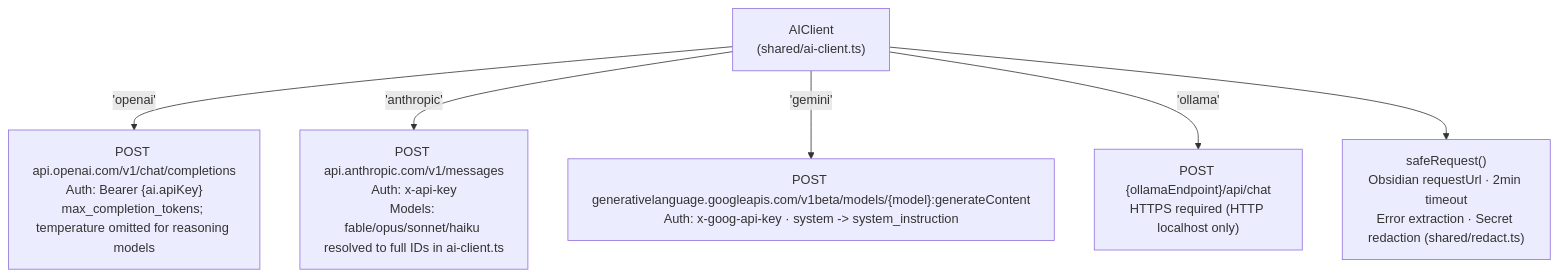
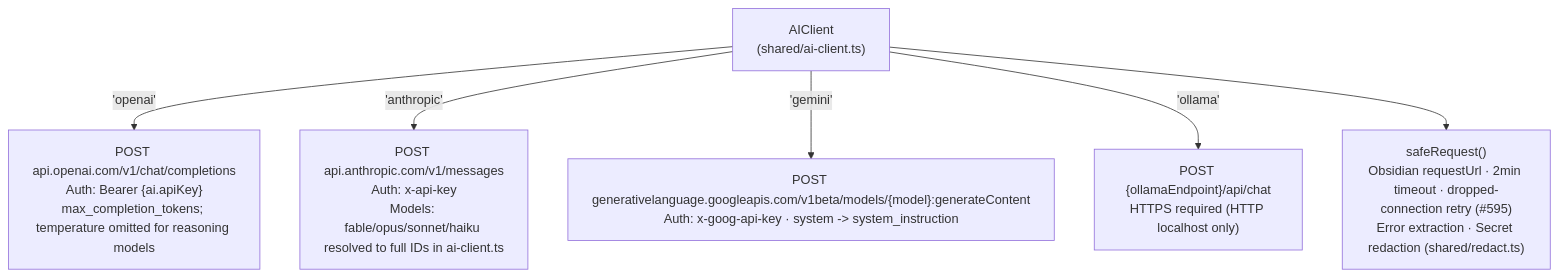
Diagram 12 of 13 in ARCHITECTURE.md (dustinkeeton/obsidian-synapse), drawn with Mermaid before and after one commit. The commit also changed other lines of this file and 25 other files, not shown here.

````diff
--- a/ARCHITECTURE.md
+++ b/ARCHITECTURE.md
@@ -1102,11 +1126,11 @@
 ```mermaid
 graph TB
     AIC["AIClient<br/>(shared/ai-client.ts)"]
 
     AIC -->|"'openai'"| OAI["POST api.openai.com/v1/chat/completions<br/>Auth: Bearer {ai.apiKey}<br/>max_completion_tokens; temperature omitted for reasoning models"]
     AIC -->|"'anthropic'"| ANT["POST api.anthropic.com/v1/messages<br/>Auth: x-api-key<br/>Models: fable/opus/sonnet/haiku resolved to full IDs in ai-client.ts"]
     AIC -->|"'gemini'"| GEM["POST generativelanguage.googleapis.com/v1beta/models/{model}:generateContent<br/>Auth: x-goog-api-key · system -> system_instruction"]
     AIC -->|"'ollama'"| OLL["POST {ollamaEndpoint}/api/chat<br/>HTTPS required (HTTP localhost only)"]
 
-    AIC --> Safe["safeRequest()<br/>Obsidian requestUrl · 2min timeout<br/>Error extraction · Secret redaction (shared/redact.ts)"]
+    AIC --> Safe["safeRequest()<br/>Obsidian requestUrl · 2min timeout · dropped-connection retry (#595)<br/>Error extraction · Secret redaction (shared/redact.ts)"]
 ```
````
